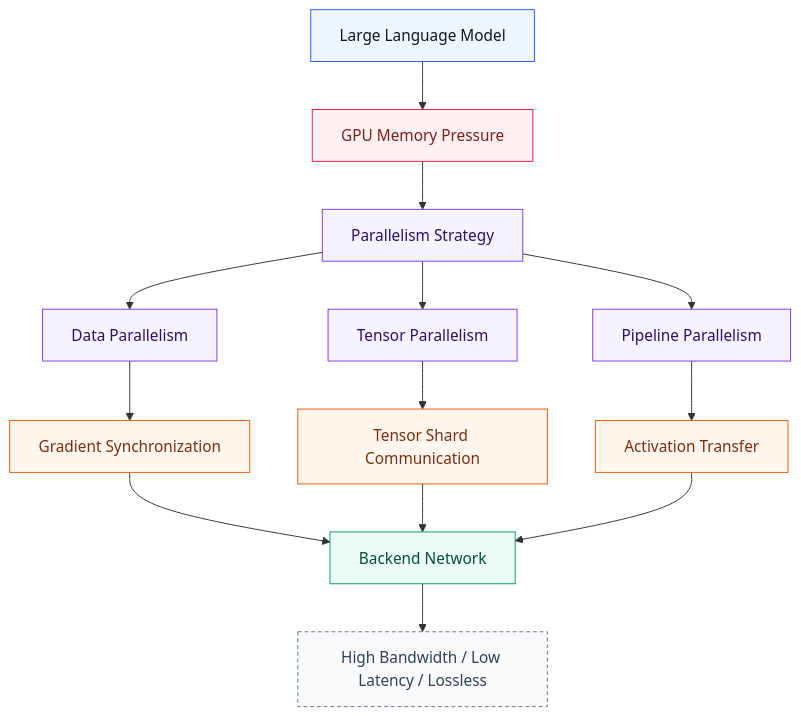
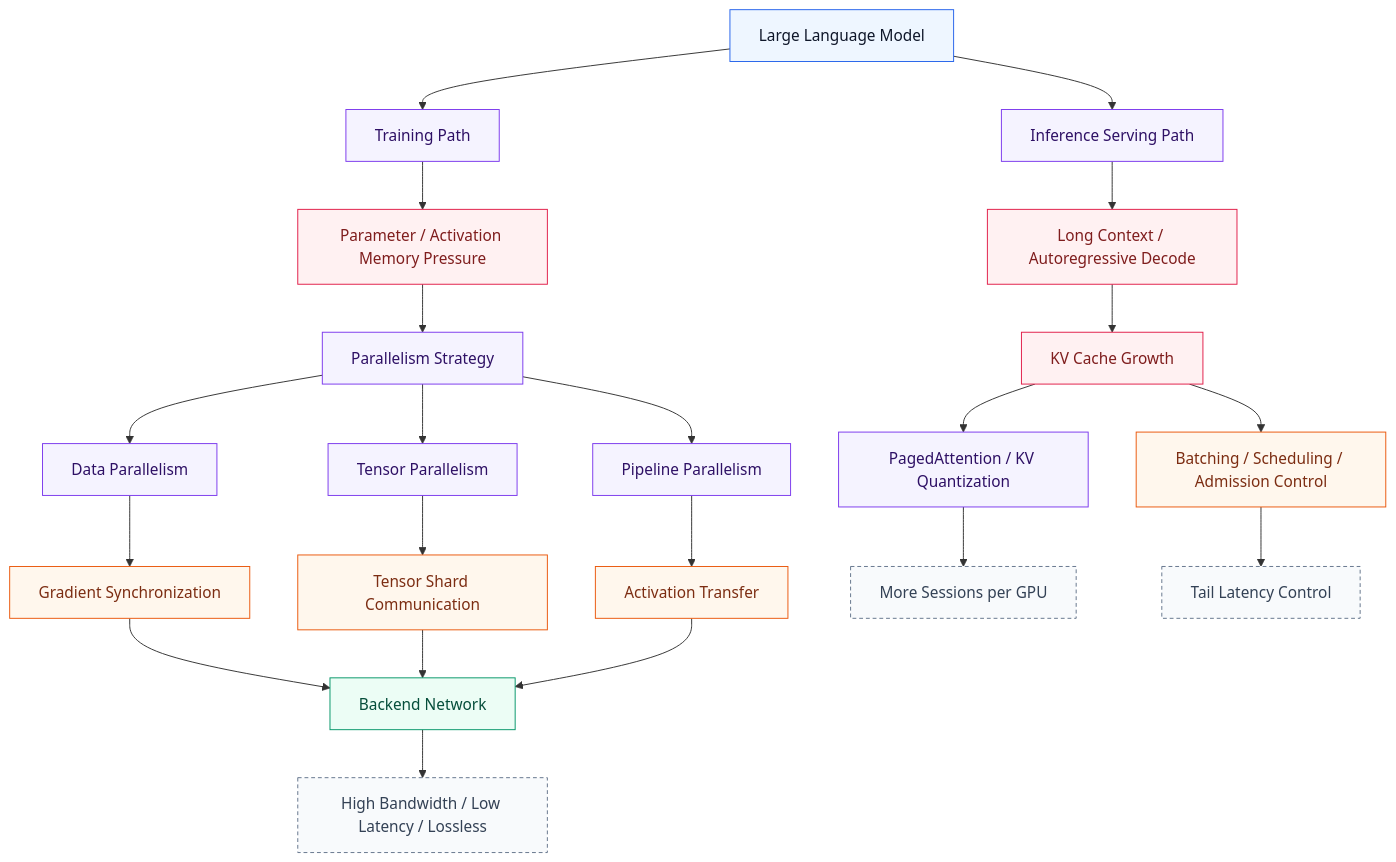
Before and after one commit to ziwon/ai-data-center-networks: the ninth of 9 diagrams in deep-learning-for-network-engineers/week02/README.md, drawn with Mermaid. The commit also changed other lines of this file, not shown here.

````diff
--- a/deep-learning-for-network-engineers/week02/README.md
+++ b/deep-learning-for-network-engineers/week02/README.md
@@ -555,25 +711,35 @@
 ```mermaid
 flowchart TB
     classDef model fill:#eef6ff,stroke:#2563eb,stroke-width:1px,color:#0f172a
     classDef memory fill:#fff1f2,stroke:#e11d48,stroke-width:1px,color:#7f1d1d
     classDef parallel fill:#f5f3ff,stroke:#7c3aed,stroke-width:1px,color:#2e1065
     classDef comm fill:#fff7ed,stroke:#ea580c,stroke-width:1px,color:#7c2d12
     classDef network fill:#ecfdf5,stroke:#059669,stroke-width:1px,color:#064e3b
     classDef requirement fill:#f8fafc,stroke:#64748b,stroke-dasharray:4 3,color:#334155
 
-    LLM[Large Language Model]:::model --> MEM[GPU Memory Pressure]:::memory
+    LLM[Large Language Model]:::model --> TRAIN[Training Path]:::parallel
+    LLM --> SERVE[Inference Serving Path]:::parallel
+
+    TRAIN --> MEM[Parameter / Activation Memory Pressure]:::memory
     MEM --> PAR[Parallelism Strategy]:::parallel
     PAR --> DP[Data Parallelism]:::parallel
     PAR --> TP[Tensor Parallelism]:::parallel
     PAR --> PP[Pipeline Parallelism]:::parallel
 
     DP --> GSYNC[Gradient Synchronization]:::comm
     TP --> TCOMM[Tensor Shard Communication]:::comm
     PP --> ACT[Activation Transfer]:::comm
 
     GSYNC --> NET[Backend Network]:::network
     TCOMM --> NET
     ACT --> NET
 
     NET --> REQ[High Bandwidth / Low Latency / Lossless]:::requirement
+
+    SERVE --> CTX[Long Context / Autoregressive Decode]:::memory
+    CTX --> KVC[KV Cache Growth]:::memory
+    KVC --> OPT[PagedAttention / KV Quantization]:::parallel
+    KVC --> SCHED[Batching / Scheduling / Admission Control]:::comm
+    OPT --> CAP[More Sessions per GPU]:::requirement
+    SCHED --> LAT[Tail Latency Control]:::requirement
 ```
````
